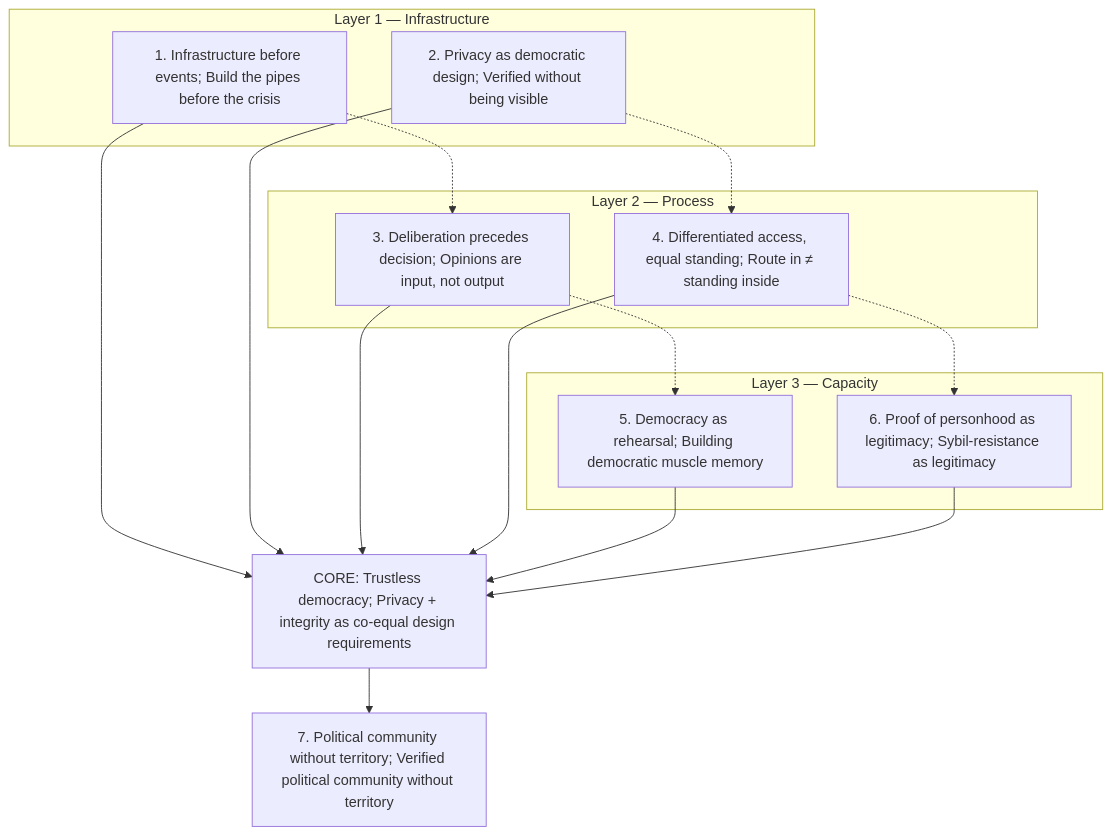
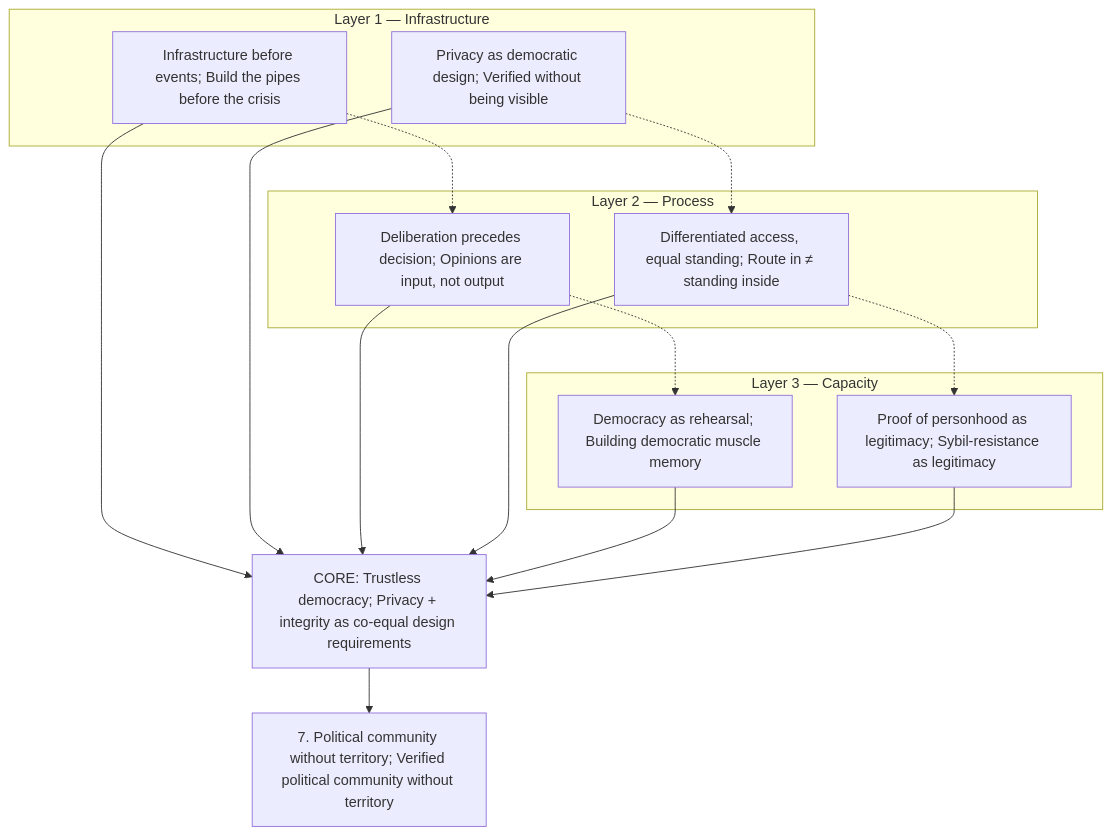
The diagram in _posts/2026-06-29-jomhoor-theoretical-framework.md (armantorkzaban/armantorkzaban.github.io), drawn with Mermaid before and after one commit.

Commit message:
fix: desperate effort to fix mermaid rendering issue!

````diff
--- a/_posts/2026-06-29-jomhoor-theoretical-framework.md
+++ b/_posts/2026-06-29-jomhoor-theoretical-framework.md
@@ -11,34 +11,34 @@
 ```mermaid
 flowchart TB
     subgraph INFRA["Layer 1 — Infrastructure"]
-        T1["1. Infrastructure before events; Build the pipes before the crisis"]
-        T2["2. Privacy as democratic design; Verified without being visible"]
+        T1["Infrastructure before events; Build the pipes before the crisis"]
+        T2["Privacy as democratic design; Verified without being visible"]
     end
 
     subgraph PROCESS["Layer 2 — Process"]
-        T3["3. Deliberation precedes decision; Opinions are input, not output"]
-        T4["4. Differentiated access, equal standing; Route in ≠ standing inside"]
+        T3["Deliberation precedes decision; Opinions are input, not output"]
+        T4["Differentiated access, equal standing; Route in ≠ standing inside"]
     end
 
     subgraph CAPACITY["Layer 3 — Capacity"]
-        T5["5. Democracy as rehearsal; Building democratic muscle memory"]
-        T6["6. Proof of personhood as legitimacy; Sybil-resistance as legitimacy"]
+        T5["Democracy as rehearsal; Building democratic muscle memory"]
+        T6["Proof of personhood as legitimacy; Sybil-resistance as legitimacy"]
     end
 
     CORE["CORE: Trustless democracy; Privacy + integrity as co-equal design requirements"]
 
     T7["7. Political community without territory; Verified political community without territory"]
 
     T1 --> CORE
     T2 --> CORE
     T3 --> CORE
     T4 --> CORE
     T5 --> CORE
     T6 --> CORE
     CORE --> T7
 
     T1 -.-> T3
     T3 -.-> T5
     T2 -.-> T4
     T4 -.-> T6
 ```
````
